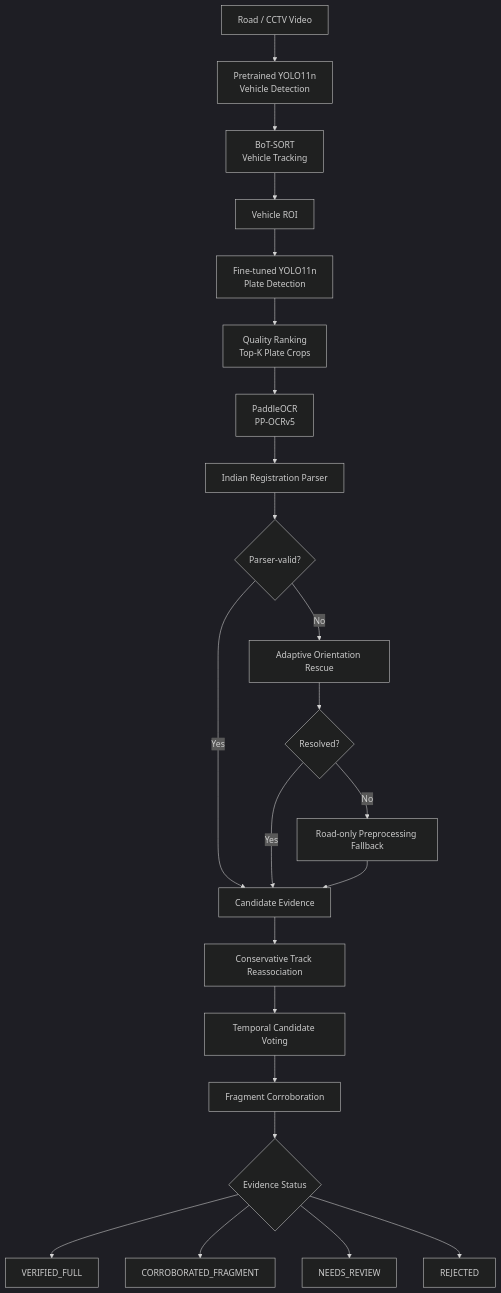
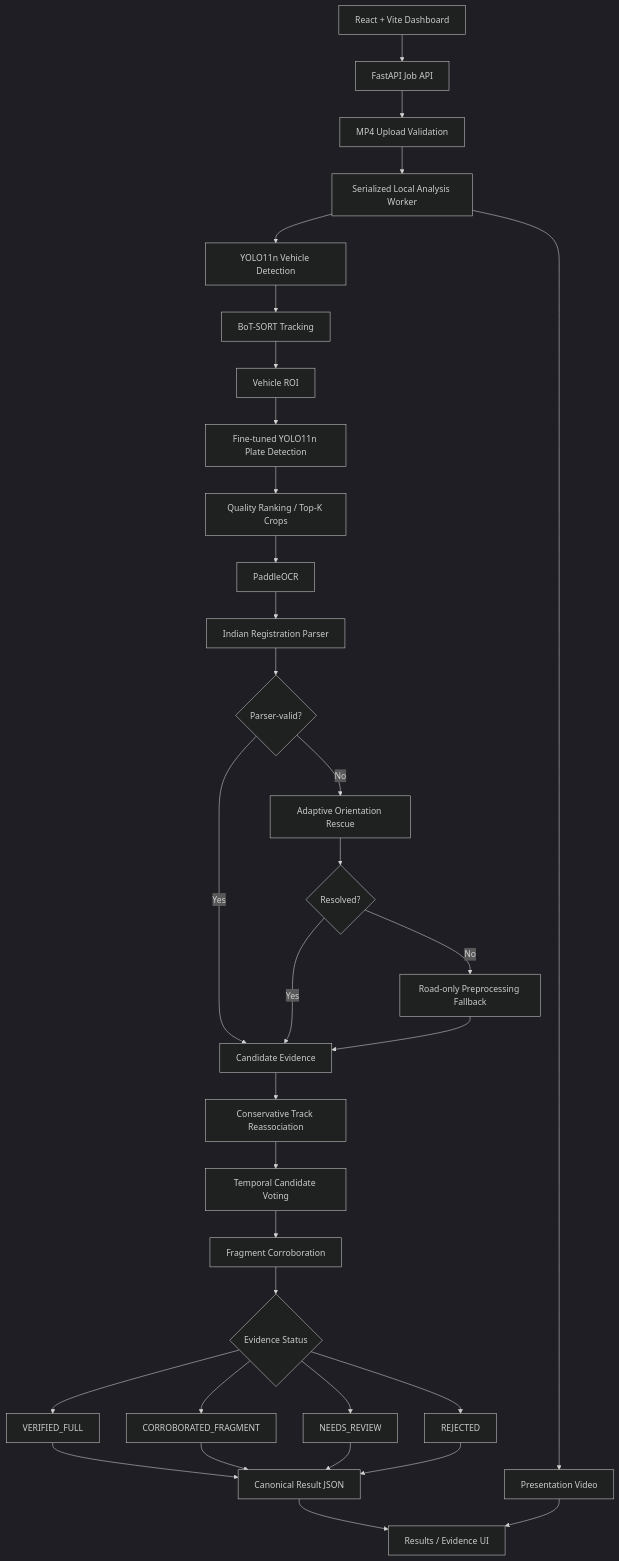
Before and after one commit to Divya-Sree-R/Autovue: the diagram in README.md, drawn with Mermaid (dark theme). The commit also changed other lines of this file, not shown here.

Commit message:
docs: update README for current AutoVue local demo

````diff
--- a/README.md
+++ b/README.md
@@ -125,25 +146,41 @@
 ```mermaid
 flowchart TD
-    A[Road / CCTV Video] --> B[Pretrained YOLO11n<br/>Vehicle Detection]
-    B --> C[BoT-SORT<br/>Vehicle Tracking]
-    C --> D[Vehicle ROI]
-    D --> E[Fine-tuned YOLO11n<br/>Plate Detection]
-    E --> F[Quality Ranking<br/>Top-K Plate Crops]
-    F --> G[PaddleOCR<br/>PP-OCRv5]
-    G --> H[Indian Registration Parser]
-    H --> I{Parser-valid?}
-    I -->|No| J[Adaptive Orientation Rescue]
-    I -->|Yes| L[Candidate Evidence]
-    J --> K{Resolved?}
-    K -->|No| M[Road-only Preprocessing Fallback]
-    K -->|Yes| L
-    M --> L
-    L --> N[Conservative Track Reassociation]
-    N --> O[Temporal Candidate Voting]
-    O --> P[Fragment Corroboration]
-    P --> Q{Evidence Status}
-    Q --> R[VERIFIED_FULL]
-    Q --> S[CORROBORATED_FRAGMENT]
-    Q --> T[NEEDS_REVIEW]
-    Q --> U[REJECTED]
+    A[React + Vite Dashboard] --> B[FastAPI Job API]
+    B --> C[MP4 Upload Validation]
+    C --> D[Serialized Local Analysis Worker]
+
+    D --> E[YOLO11n Vehicle Detection]
+    E --> F[BoT-SORT Tracking]
+    F --> G[Vehicle ROI]
+    G --> H[Fine-tuned YOLO11n Plate Detection]
+    H --> I[Quality Ranking / Top-K Crops]
+    I --> J[PaddleOCR]
+    J --> K[Indian Registration Parser]
+
+    K --> L{Parser-valid?}
+    L -->|No| M[Adaptive Orientation Rescue]
+    M --> N{Resolved?}
+    N -->|No| O[Road-only Preprocessing Fallback]
+    L -->|Yes| P[Candidate Evidence]
+    N -->|Yes| P
+    O --> P
+
+    P --> Q[Conservative Track Reassociation]
+    Q --> R[Temporal Candidate Voting]
+    R --> S[Fragment Corroboration]
+    S --> T{Evidence Status}
+
+    T --> U[VERIFIED_FULL]
+    T --> V[CORROBORATED_FRAGMENT]
+    T --> W[NEEDS_REVIEW]
+    T --> X[REJECTED]
+
+    U --> Y[Canonical Result JSON]
+    V --> Y
+    W --> Y
+    X --> Y
+
+    D --> Z[Presentation Video]
+    Y --> AA[Results / Evidence UI]
+    Z --> AA
 ```
````
